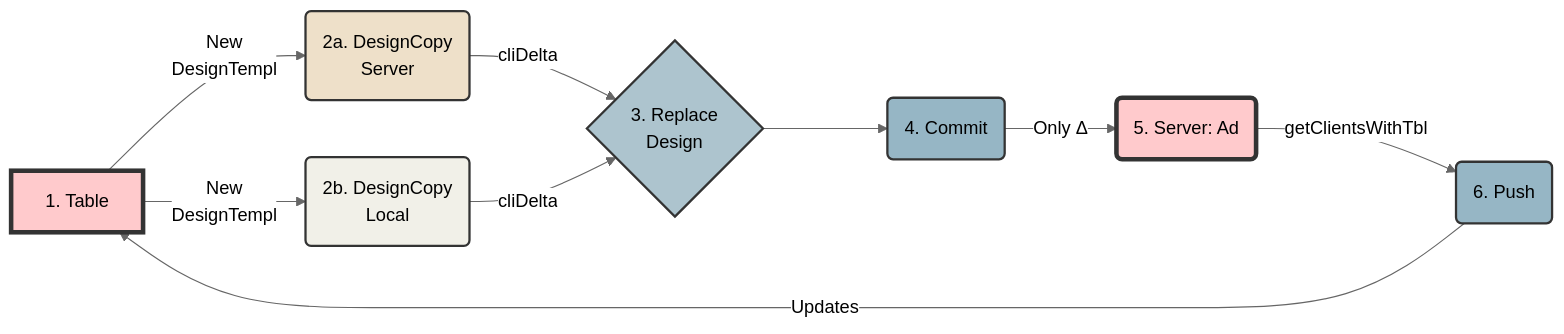
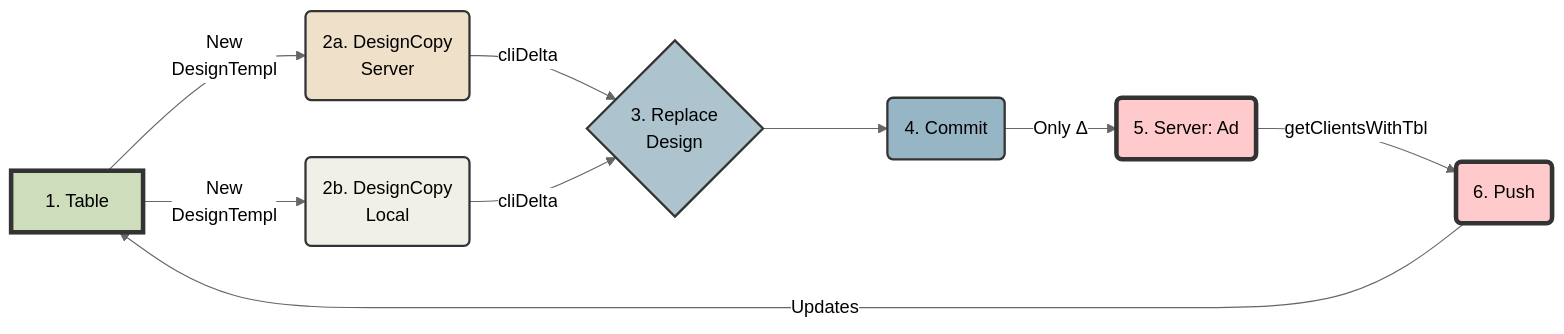
Before and after one commit to TrivediEnterprisesInc/TrivediEnterprisesInc.github.io: the second of 6 diagrams in Notes.md, drawn with Mermaid (neutral theme). The commit also changed other lines of this file, not shown here.

````diff
--- a/Notes.md
+++ b/Notes.md
@@ -249,22 +251,24 @@
 ```mermaid
 flowchart LR
     A[1. Table] -->|New<br>DesignTempl| B(2a. DesignCopy<br>Server<br>)
     A -->|New<br>DesignTempl| C(2b. DesignCopy<br>Local)
     B -->|cliDelta| D{3. Replace<br>Design}
     C -->|cliDelta| D
     D --> E(4. Commit)
     E -->|Only Δ| F(5. Server: Ad)
     F --> |getClientsWithTbl| G(6. Push)
     --> |Updates| A
 
-     classDef bigAction fill:#96B6C5,stroke:#333,stroke-width:2px
-     classDef smAction fill:#ADC4CE,stroke:#333,stroke-width:2px
+     classDef drkBlue fill:#96B6C5,stroke:#333,stroke-width:2px
+     classDef ltBlue fill:#ADC4CE,stroke:#333,stroke-width:2px
      classDef intermed1 fill:#EEE0C9,stroke:#333,stroke-width:2px
      classDef intermed2 fill:#F1F0E8,stroke:#333,stroke-width:2px
      classDef storage  fill:#FFCACC,stroke:#333,stroke-width:4px
-     class D smAction
+    classDef green  fill:#CEDEBD,stroke:#333,stroke-width:4px
+     class D ltBlue
      class B intermed1
      class C intermed2
-     class E,G bigAction
-     class A,F storage
+     class E drkBlue
+     class A green
+     class F,G storage
 ```
````
